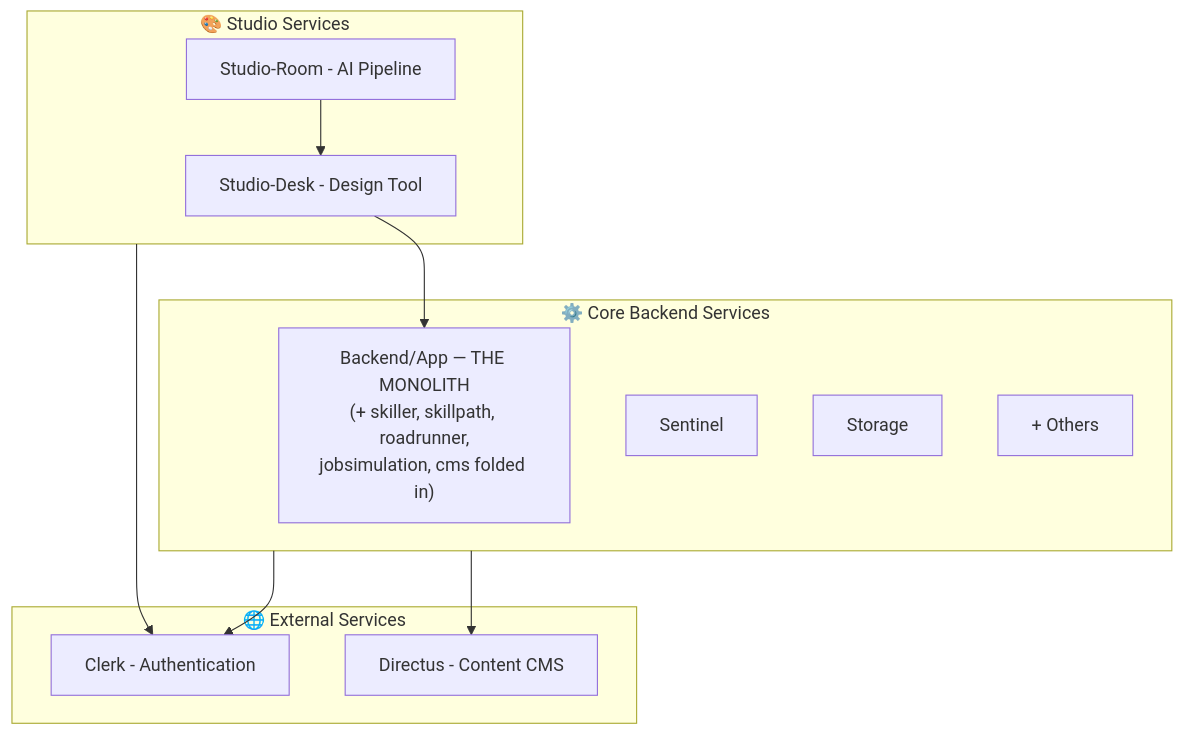
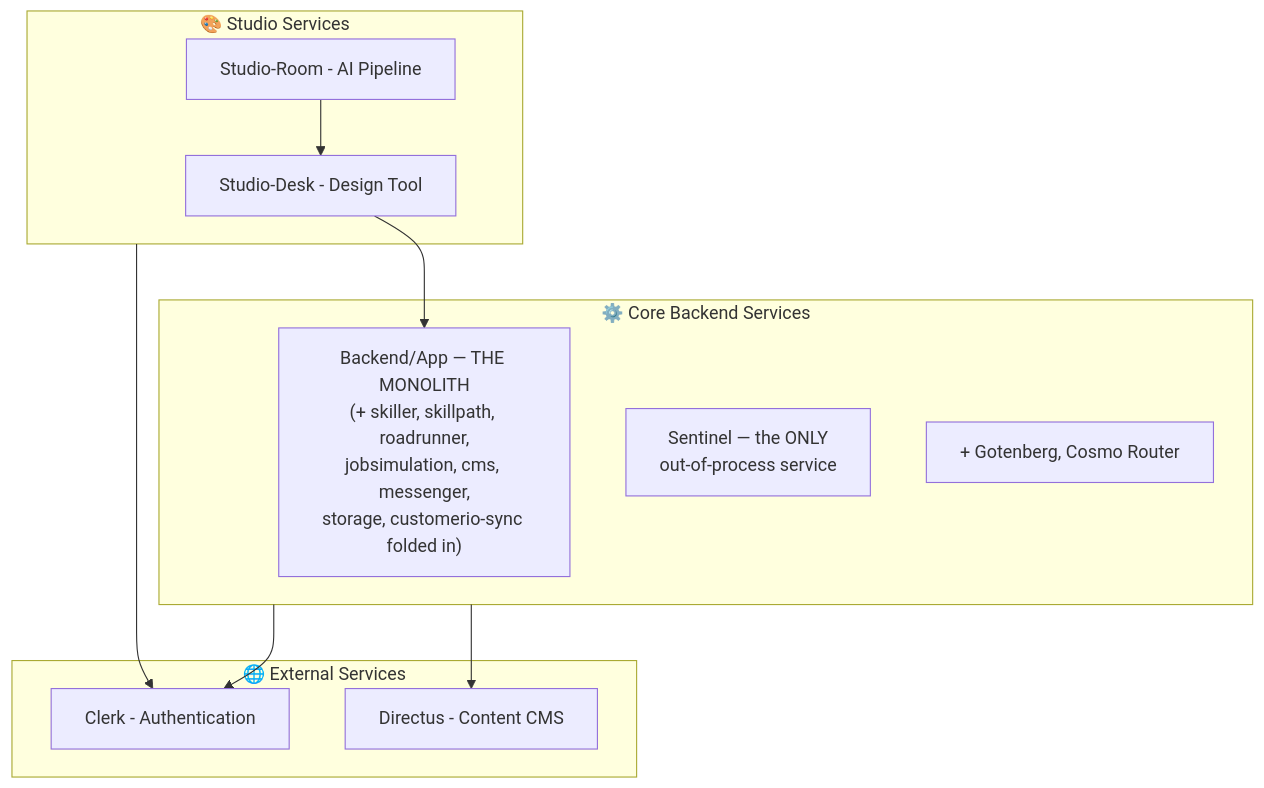
Before and after one commit to anthropos-work/rosetta: the diagram in corpus/architecture/service_taxonomy.md, drawn with Mermaid. The commit also changed other lines of this file and 26 other files, not shown here.

````diff
--- a/corpus/architecture/service_taxonomy.md
+++ b/corpus/architecture/service_taxonomy.md
@@ -13,25 +13,24 @@
 ```mermaid
 graph TB
     subgraph External["🌐 External Services"]
         Clerk[Clerk - Authentication]
         Directus[Directus - Content CMS]
     end
     
     subgraph Studio["🎨 Studio Services"]
         Desk[Studio-Desk - Design Tool]
         Room[Studio-Room - AI Pipeline]
     end
     
     subgraph Core["⚙️ Core Backend Services"]
-        Backend["Backend/App — THE MONOLITH<br/>(+ skiller, skillpath, roadrunner,<br/>jobsimulation, cms folded in)"]
-        Sentinel[Sentinel]
-        Storage[Storage]
-        Others[+ Others]
+        Backend["Backend/App — THE MONOLITH<br/>(+ skiller, skillpath, roadrunner,<br/>jobsimulation, cms, messenger,<br/>storage, customerio-sync folded in)"]
+        Sentinel["Sentinel — the ONLY<br/>out-of-process service"]
+        Others[+ Gotenberg, Cosmo Router]
     end
     
     Desk --> Backend
     Room --> Desk
     Core --> Directus
     Studio --> Clerk
     Core --> Clerk
 ```
````
